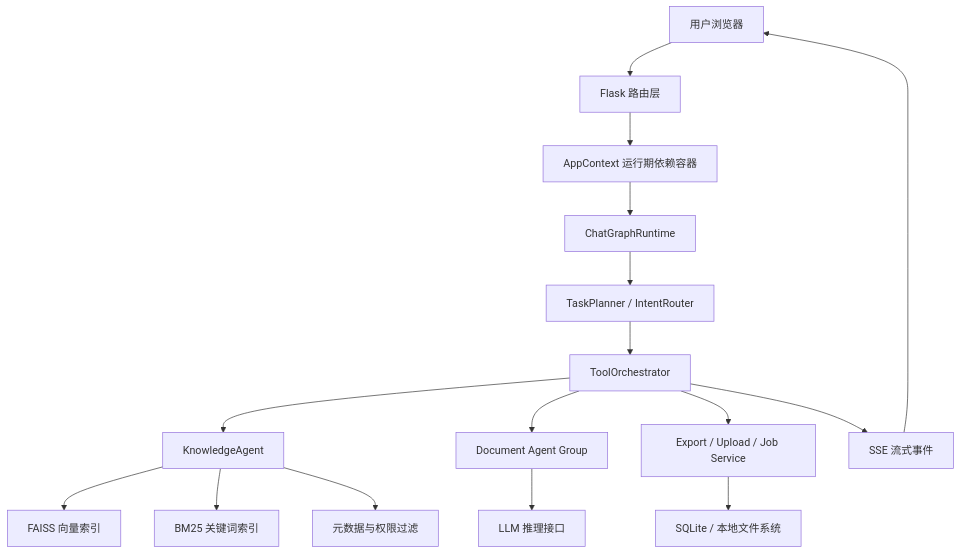
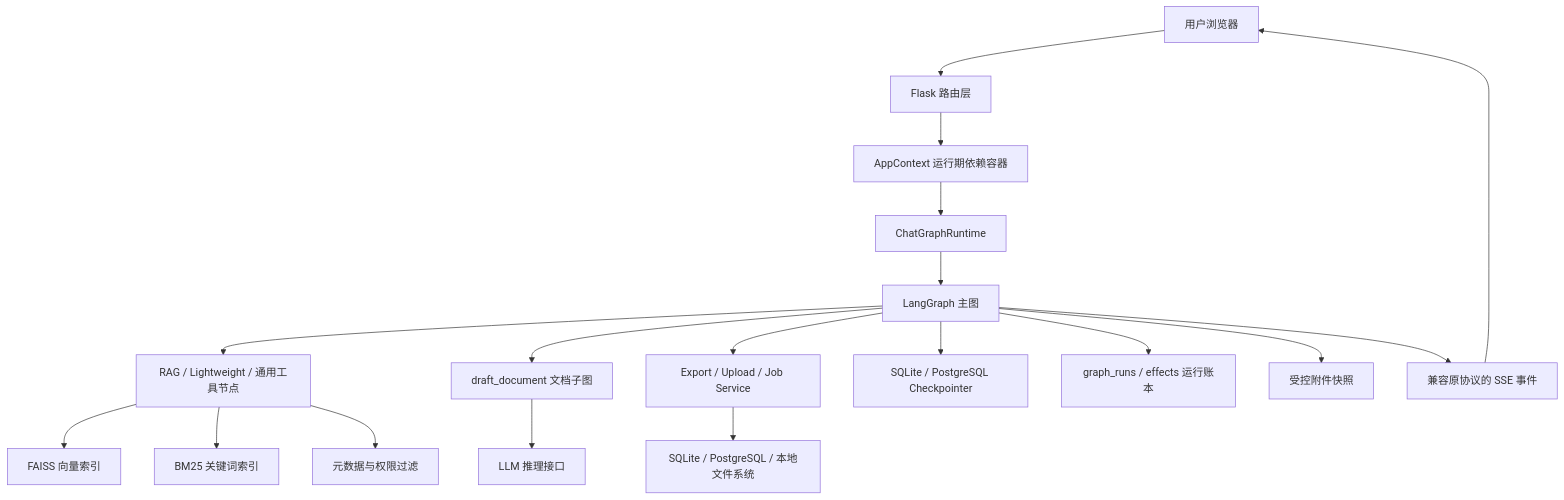
The first of 4 diagrams in README.md (zqf040224/knowflow-agent), drawn with Mermaid before and after one commit. The commit also changed other lines of this file and 72 other files, not shown here.

````diff
--- a/README.md
+++ b/README.md
@@ -51,18 +68,20 @@
 ```mermaid
 flowchart TD
     U["用户浏览器"] --> F["Flask 路由层"]
     F --> C["AppContext 运行期依赖容器"]
     C --> R["ChatGraphRuntime"]
-    R --> P["TaskPlanner / IntentRouter"]
-    P --> O["ToolOrchestrator"]
-    O --> K["KnowledgeAgent"]
-    O --> D["Document Agent Group"]
-    O --> E["Export / Upload / Job Service"]
+    R --> G["LangGraph 主图"]
+    G --> K["RAG / Lightweight / 通用工具节点"]
+    G --> D["draft_document 文档子图"]
+    G --> E["Export / Upload / Job Service"]
     K --> V["FAISS 向量索引"]
     K --> B["BM25 关键词索引"]
     K --> M["元数据与权限过滤"]
     D --> L["LLM 推理接口"]
-    E --> S["SQLite / 本地文件系统"]
-    O --> SSE["SSE 流式事件"]
+    G --> CP["SQLite / PostgreSQL Checkpointer"]
+    G --> RUN["graph_runs / effects 运行账本"]
+    G --> ART["受控附件快照"]
+    E --> S["SQLite / PostgreSQL / 本地文件系统"]
+    G --> SSE["兼容原协议的 SSE 事件"]
     SSE --> U
 ```
````
